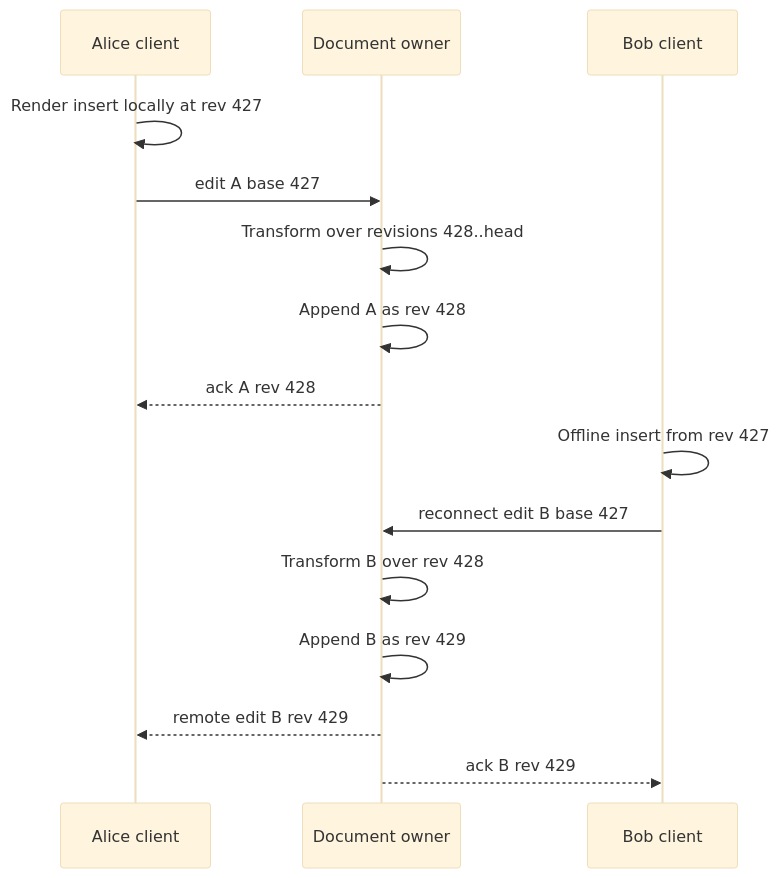
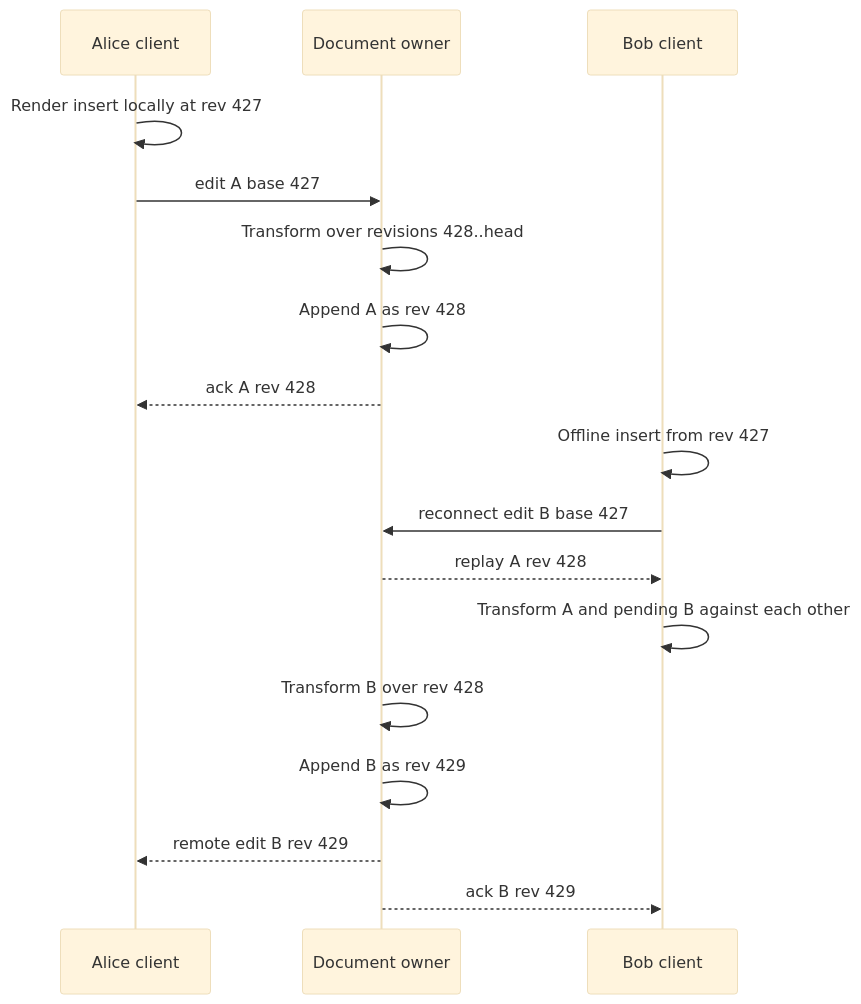
Before and after one commit to Pranshu258/system-design: the third of 5 diagrams in google-docs-system-design.md, drawn with Mermaid (base theme). The commit also changed other lines of this file and 23 other files, not shown here.

````diff
--- a/google-docs-system-design.md
+++ b/google-docs-system-design.md
@@ -211,17 +213,19 @@
 ```mermaid
 sequenceDiagram
     participant Alice as Alice client
     participant Owner as Document owner
     participant Bob as Bob client
     Alice->>Alice: Render insert locally at rev 427
     Alice->>Owner: edit A base 427
     Owner->>Owner: Transform over revisions 428..head
     Owner->>Owner: Append A as rev 428
     Owner-->>Alice: ack A rev 428
     Bob->>Bob: Offline insert from rev 427
     Bob->>Owner: reconnect edit B base 427
+    Owner-->>Bob: replay A rev 428
+    Bob->>Bob: Transform A and pending B against each other
     Owner->>Owner: Transform B over rev 428
     Owner->>Owner: Append B as rev 429
     Owner-->>Alice: remote edit B rev 429
     Owner-->>Bob: ack B rev 429
 ```
````
